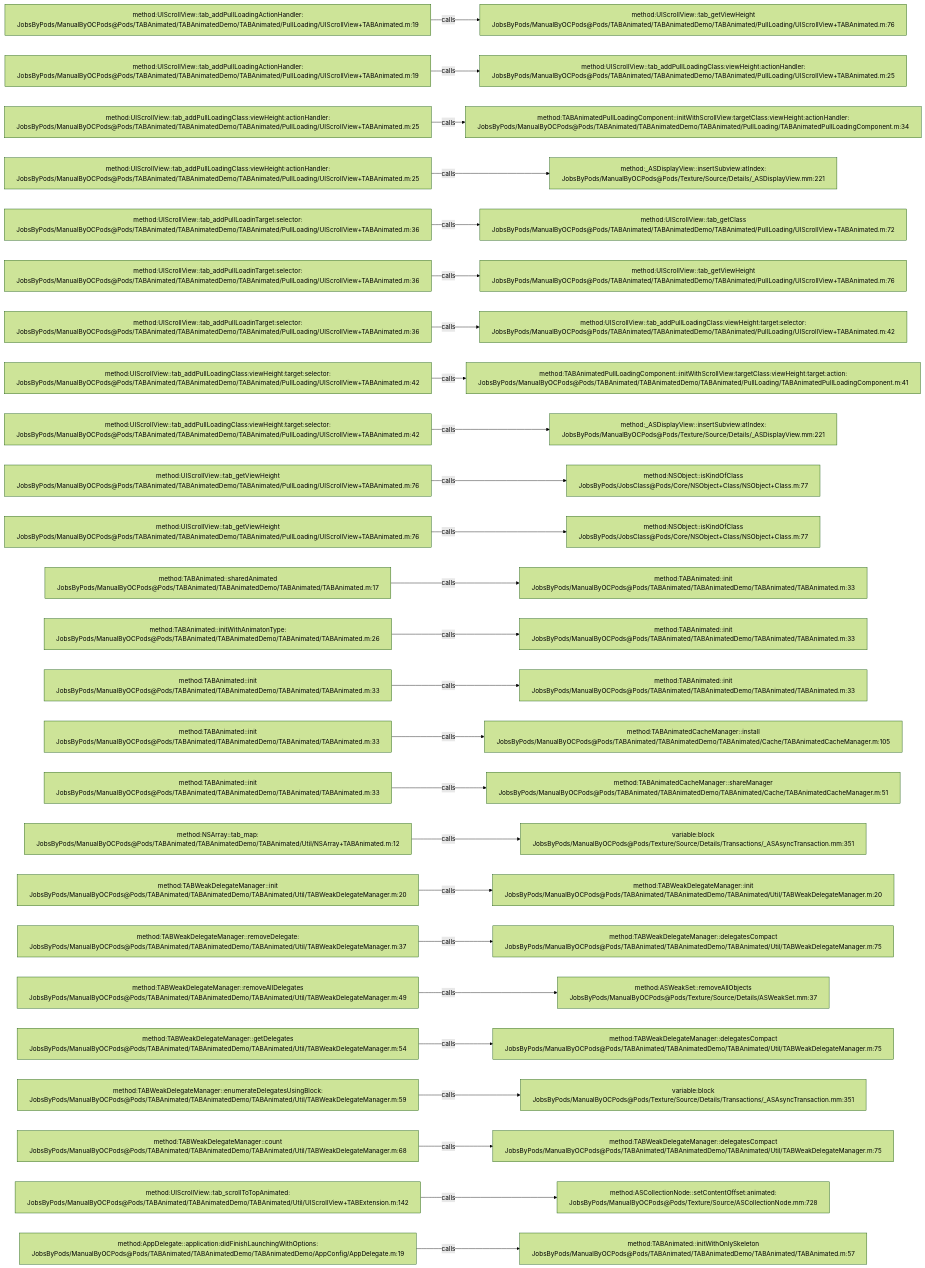
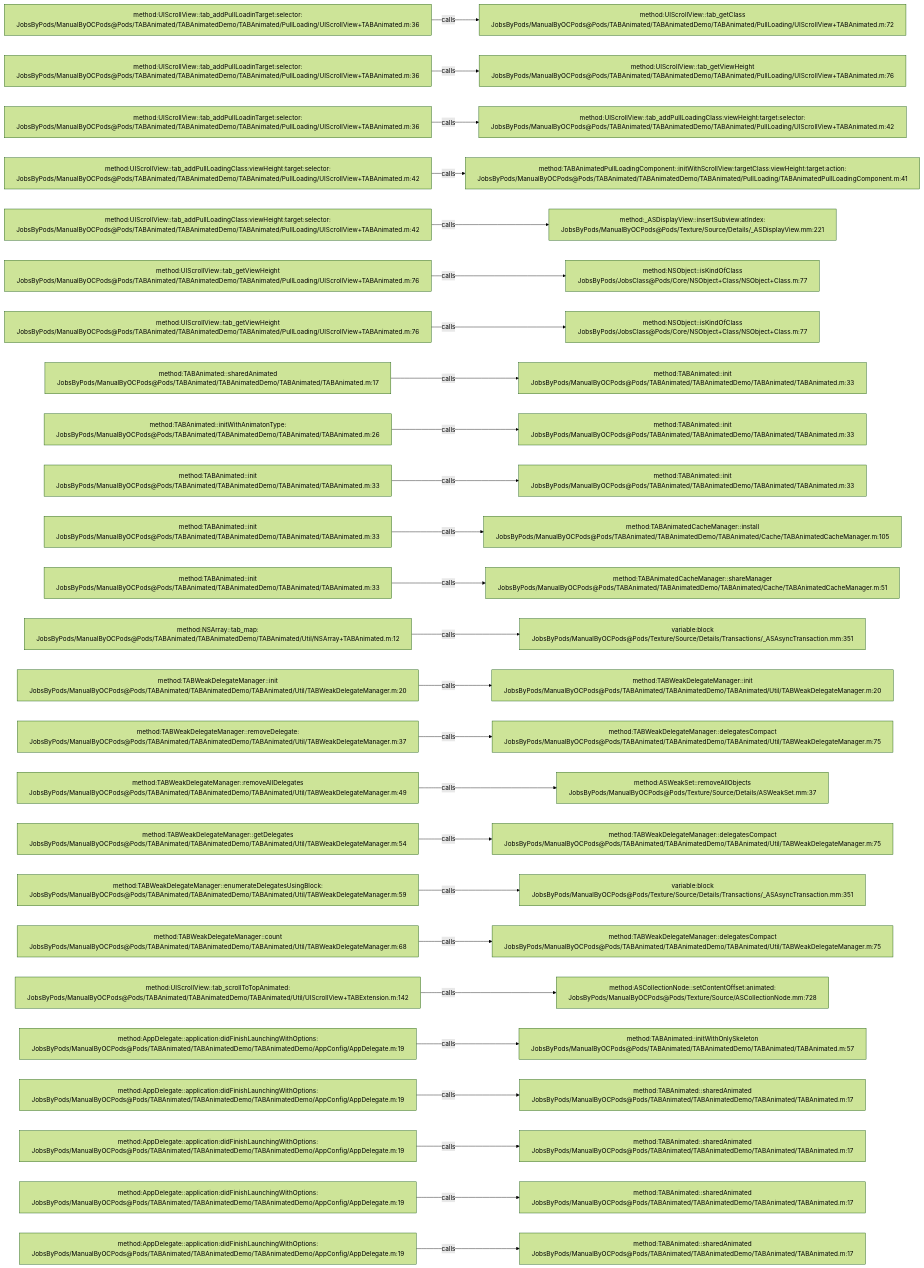
Before and after one commit to JobsKits/JobsOCBaseConfigDemo: the diagram in .codegraph/codegraph.md/graphs/calls-037.md, drawn with Mermaid (forest theme). The commit also changed 727 other files, not shown here.

````diff
--- a/.codegraph/codegraph.md/graphs/calls-037.md
+++ b/.codegraph/codegraph.md/graphs/calls-037.md
@@ -13,78 +13,78 @@
 ```mermaid
 flowchart LR
-  S1["method:UIScrollView::tab_addPullLoadingActionHandler:<br/>JobsByPods/ManualByOCPods@Pods/TABAnimated/TABAnimatedDemo/TABAnimated/PullLoading/UIScrollView+TABAnimated.m:19"]
-  T1["method:UIScrollView::tab_getViewHeight<br/>JobsByPods/ManualByOCPods@Pods/TABAnimated/TABAnimatedDemo/TABAnimated/PullLoading/UIScrollView+TABAnimated.m:76"]
+  S1["method:UIScrollView::tab_addPullLoadinTarget:selector:<br/>JobsByPods/ManualByOCPods@Pods/TABAnimated/TABAnimatedDemo/TABAnimated/PullLoading/UIScrollView+TABAnimated.m:36"]
+  T1["method:UIScrollView::tab_getClass<br/>JobsByPods/ManualByOCPods@Pods/TABAnimated/TABAnimatedDemo/TABAnimated/PullLoading/UIScrollView+TABAnimated.m:72"]
   S1 -->|calls| T1
-  S2["method:UIScrollView::tab_addPullLoadingActionHandler:<br/>JobsByPods/ManualByOCPods@Pods/TABAnimated/TABAnimatedDemo/TABAnimated/PullLoading/UIScrollView+TABAnimated.m:19"]
-  T2["method:UIScrollView::tab_addPullLoadingClass:viewHeight:actionHandler:<br/>JobsByPods/ManualByOCPods@Pods/TABAnimated/TABAnimatedDemo/TABAnimated/PullLoading/UIScrollView+TABAnimated.m:25"]
+  S2["method:UIScrollView::tab_addPullLoadinTarget:selector:<br/>JobsByPods/ManualByOCPods@Pods/TABAnimated/TABAnimatedDemo/TABAnimated/PullLoading/UIScrollView+TABAnimated.m:36"]
+  T2["method:UIScrollView::tab_getViewHeight<br/>JobsByPods/ManualByOCPods@Pods/TABAnimated/TABAnimatedDemo/TABAnimated/PullLoading/UIScrollView+TABAnimated.m:76"]
   S2 -->|calls| T2
-  S3["method:UIScrollView::tab_addPullLoadingClass:viewHeight:actionHandler:<br/>JobsByPods/ManualByOCPods@Pods/TABAnimated/TABAnimatedDemo/TABAnimated/PullLoading/UIScrollView+TABAnimated.m:25"]
-  T3["method:TABAnimatedPullLoadingComponent::initWithScrollView:targetClass:viewHeight:actionHandler:<br/>JobsByPods/ManualByOCPods@Pods/TABAnimated/TABAnimatedDemo/TABAnimated/PullLoading/TABAnimatedPullLoadingComponent.m:34"]
+  S3["method:UIScrollView::tab_addPullLoadinTarget:selector:<br/>JobsByPods/ManualByOCPods@Pods/TABAnimated/TABAnimatedDemo/TABAnimated/PullLoading/UIScrollView+TABAnimated.m:36"]
+  T3["method:UIScrollView::tab_addPullLoadingClass:viewHeight:target:selector:<br/>JobsByPods/ManualByOCPods@Pods/TABAnimated/TABAnimatedDemo/TABAnimated/PullLoading/UIScrollView+TABAnimated.m:42"]
   S3 -->|calls| T3
-  S4["method:UIScrollView::tab_addPullLoadingClass:viewHeight:actionHandler:<br/>JobsByPods/ManualByOCPods@Pods/TABAnimated/TABAnimatedDemo/TABAnimated/PullLoading/UIScrollView+TABAnimated.m:25"]
-  T4["method:_ASDisplayView::insertSubview:atIndex:<br/>JobsByPods/ManualByOCPods@Pods/Texture/Source/Details/_ASDisplayView.mm:221"]
+  S4["method:UIScrollView::tab_addPullLoadingClass:viewHeight:target:selector:<br/>JobsByPods/ManualByOCPods@Pods/TABAnimated/TABAnimatedDemo/TABAnimated/PullLoading/UIScrollView+TABAnimated.m:42"]
+  T4["method:TABAnimatedPullLoadingComponent::initWithScrollView:targetClass:viewHeight:target:action:<br/>JobsByPods/ManualByOCPods@Pods/TABAnimated/TABAnimatedDemo/TABAnimated/PullLoading/TABAnimatedPullLoadingComponent.m:41"]
   S4 -->|calls| T4
-  S5["method:UIScrollView::tab_addPullLoadinTarget:selector:<br/>JobsByPods/ManualByOCPods@Pods/TABAnimated/TABAnimatedDemo/TABAnimated/PullLoading/UIScrollView+TABAnimated.m:36"]
-  T5["method:UIScrollView::tab_getClass<br/>JobsByPods/ManualByOCPods@Pods/TABAnimated/TABAnimatedDemo/TABAnimated/PullLoading/UIScrollView+TABAnimated.m:72"]
+  S5["method:UIScrollView::tab_addPullLoadingClass:viewHeight:target:selector:<br/>JobsByPods/ManualByOCPods@Pods/TABAnimated/TABAnimatedDemo/TABAnimated/PullLoading/UIScrollView+TABAnimated.m:42"]
+  T5["method:_ASDisplayView::insertSubview:atIndex:<br/>JobsByPods/ManualByOCPods@Pods/Texture/Source/Details/_ASDisplayView.mm:221"]
   S5 -->|calls| T5
-  S6["method:UIScrollView::tab_addPullLoadinTarget:selector:<br/>JobsByPods/ManualByOCPods@Pods/TABAnimated/TABAnimatedDemo/TABAnimated/PullLoading/UIScrollView+TABAnimated.m:36"]
-  T6["method:UIScrollView::tab_getViewHeight<br/>JobsByPods/ManualByOCPods@Pods/TABAnimated/TABAnimatedDemo/TABAnimated/PullLoading/UIScrollView+TABAnimated.m:76"]
+  S6["method:UIScrollView::tab_getViewHeight<br/>JobsByPods/ManualByOCPods@Pods/TABAnimated/TABAnimatedDemo/TABAnimated/PullLoading/UIScrollView+TABAnimated.m:76"]
+  T6["method:NSObject::isKindOfClass<br/>JobsByPods/JobsClass@Pods/Core/NSObject+Class/NSObject+Class.m:77"]
   S6 -->|calls| T6
-  S7["method:UIScrollView::tab_addPullLoadinTarget:selector:<br/>JobsByPods/ManualByOCPods@Pods/TABAnimated/TABAnimatedDemo/TABAnimated/PullLoading/UIScrollView+TABAnimated.m:36"]
-  T7["method:UIScrollView::tab_addPullLoadingClass:viewHeight:target:selector:<br/>JobsByPods/ManualByOCPods@Pods/TABAnimated/TABAnimatedDemo/TABAnimated/PullLoading/UIScrollView+TABAnimated.m:42"]
+  S7["method:UIScrollView::tab_getViewHeight<br/>JobsByPods/ManualByOCPods@Pods/TABAnimated/TABAnimatedDemo/TABAnimated/PullLoading/UIScrollView+TABAnimated.m:76"]
+  T7["method:NSObject::isKindOfClass<br/>JobsByPods/JobsClass@Pods/Core/NSObject+Class/NSObject+Class.m:77"]
   S7 -->|calls| T7
-  S8["method:UIScrollView::tab_addPullLoadingClass:viewHeight:target:selector:<br/>JobsByPods/ManualByOCPods@Pods/TABAnimated/TABAnimatedDemo/TABAnimated/PullLoading/UIScrollView+TABAnimated.m:42"]
-  T8["method:TABAnimatedPullLoadingComponent::initWithScrollView:targetClass:viewHeight:target:action:<br/>JobsByPods/ManualByOCPods@Pods/TABAnimated/TABAnimatedDemo/TABAnimated/PullLoading/TABAnimatedPullLoadingComponent.m:41"]
+  S8["method:TABAnimated::sharedAnimated<br/>JobsByPods/ManualByOCPods@Pods/TABAnimated/TABAnimatedDemo/TABAnimated/TABAnimated.m:17"]
+  T8["method:TABAnimated::init<br/>JobsByPods/ManualByOCPods@Pods/TABAnimated/TABAnimatedDemo/TABAnimated/TABAnimated.m:33"]
   S8 -->|calls| T8
-  S9["method:UIScrollView::tab_addPullLoadingClass:viewHeight:target:selector:<br/>JobsByPods/ManualByOCPods@Pods/TABAnimated/TABAnimatedDemo/TABAnimated/PullLoading/UIScrollView+TABAnimated.m:42"]
-  T9["method:_ASDisplayView::insertSubview:atIndex:<br/>JobsByPods/ManualByOCPods@Pods/Texture/Source/Details/_ASDisplayView.mm:221"]
+  S9["method:TABAnimated::initWithAnimatonType:<br/>JobsByPods/ManualByOCPods@Pods/TABAnimated/TABAnimatedDemo/TABAnimated/TABAnimated.m:26"]
+  T9["method:TABAnimated::init<br/>JobsByPods/ManualByOCPods@Pods/TABAnimated/TABAnimatedDemo/TABAnimated/TABAnimated.m:33"]
   S9 -->|calls| T9
-  S10["method:UIScrollView::tab_getViewHeight<br/>JobsByPods/ManualByOCPods@Pods/TABAnimated/TABAnimatedDemo/TABAnimated/PullLoading/UIScrollView+TABAnimated.m:76"]
-  T10["method:NSObject::isKindOfClass<br/>JobsByPods/JobsClass@Pods/Core/NSObject+Class/NSObject+Class.m:77"]
+  S10["method:TABAnimated::init<br/>JobsByPods/ManualByOCPods@Pods/TABAnimated/TABAnimatedDemo/TABAnimated/TABAnimated.m:33"]
+  T10["method:TABAnimated::init<br/>JobsByPods/ManualByOCPods@Pods/TABAnimated/TABAnimatedDemo/TABAnimated/TABAnimated.m:33"]
   S10 -->|calls| T10
-  S11["method:UIScrollView::tab_getViewHeight<br/>JobsByPods/ManualByOCPods@Pods/TABAnimated/TABAnimatedDemo/TABAnimated/PullLoading/UIScrollView+TABAnimated.m:76"]
-  T11["method:NSObject::isKindOfClass<br/>JobsByPods/JobsClass@Pods/Core/NSObject+Class/NSObject+Class.m:77"]
+  S11["method:TABAnimated::init<br/>JobsByPods/ManualByOCPods@Pods/TABAnimated/TABAnimatedDemo/TABAnimated/TABAnimated.m:33"]
+  T11["method:TABAnimatedCacheManager::install<br/>JobsByPods/ManualByOCPods@Pods/TABAnimated/TABAnimatedDemo/TABAnimated/Cache/TABAnimatedCacheManager.m:105"]
   S11 -->|calls| T11
-  S12["method:TABAnimated::sharedAnimated<br/>JobsByPods/ManualByOCPods@Pods/TABAnimated/TABAnimatedDemo/TABAnimated/TABAnimated.m:17"]
-  T12["method:TABAnimated::init<br/>JobsByPods/ManualByOCPods@Pods/TABAnimated/TABAnimatedDemo/TABAnimated/TABAnimated.m:33"]
+  S12["method:TABAnimated::init<br/>JobsByPods/ManualByOCPods@Pods/TABAnimated/TABAnimatedDemo/TABAnimated/TABAnimated.m:33"]
+  T12["method:TABAnimatedCacheManager::shareManager<br/>JobsByPods/ManualByOCPods@Pods/TABAnimated/TABAnimatedDemo/TABAnimated/Cache/TABAnimatedCacheManager.m:51"]
   S12 -->|calls| T12
-  S13["method:TABAnimated::initWithAnimatonType:<br/>JobsByPods/ManualByOCPods@Pods/TABAnimated/TABAnimatedDemo/TABAnimated/TABAnimated.m:26"]
-  T13["method:TABAnimated::init<br/>JobsByPods/ManualByOCPods@Pods/TABAnimated/TABAnimatedDemo/TABAnimated/TABAnimated.m:33"]
+  S13["method:NSArray::tab_map:<br/>JobsByPods/ManualByOCPods@Pods/TABAnimated/TABAnimatedDemo/TABAnimated/Util/NSArray+TABAnimated.m:12"]
+  T13["variable:block<br/>JobsByPods/ManualByOCPods@Pods/Texture/Source/Details/Transactions/_ASAsyncTransaction.mm:351"]
   S13 -->|calls| T13
-  S14["method:TABAnimated::init<br/>JobsByPods/ManualByOCPods@Pods/TABAnimated/TABAnimatedDemo/TABAnimated/TABAnimated.m:33"]
-  T14["method:TABAnimated::init<br/>JobsByPods/ManualByOCPods@Pods/TABAnimated/TABAnimatedDemo/TABAnimated/TABAnimated.m:33"]
+  S14["method:TABWeakDelegateManager::init<br/>JobsByPods/ManualByOCPods@Pods/TABAnimated/TABAnimatedDemo/TABAnimated/Util/TABWeakDelegateManager.m:20"]
+  T14["method:TABWeakDelegateManager::init<br/>JobsByPods/ManualByOCPods@Pods/TABAnimated/TABAnimatedDemo/TABAnimated/Util/TABWeakDelegateManager.m:20"]
   S14 -->|calls| T14
-  S15["method:TABAnimated::init<br/>JobsByPods/ManualByOCPods@Pods/TABAnimated/TABAnimatedDemo/TABAnimated/TABAnimated.m:33"]
-  T15["method:TABAnimatedCacheManager::install<br/>JobsByPods/ManualByOCPods@Pods/TABAnimated/TABAnimatedDemo/TABAnimated/Cache/TABAnimatedCacheManager.m:105"]
+  S15["method:TABWeakDelegateManager::removeDelegate:<br/>JobsByPods/ManualByOCPods@Pods/TABAnimated/TABAnimatedDemo/TABAnimated/Util/TABWeakDelegateManager.m:37"]
+  T15["method:TABWeakDelegateManager::delegatesCompact<br/>JobsByPods/ManualByOCPods@Pods/TABAnimated/TABAnimatedDemo/TABAnimated/Util/TABWeakDelegateManager.m:75"]
   S15 -->|calls| T15
-  S16["method:TABAnimated::init<br/>JobsByPods/ManualByOCPods@Pods/TABAnimated/TABAnimatedDemo/TABAnimated/TABAnimated.m:33"]
-  T16["method:TABAnimatedCacheManager::shareManager<br/>JobsByPods/ManualByOCPods@Pods/TABAnimated/TABAnimatedDemo/TABAnimated/Cache/TABAnimatedCacheManager.m:51"]
+  S16["method:TABWeakDelegateManager::removeAllDelegates<br/>JobsByPods/ManualByOCPods@Pods/TABAnimated/TABAnimatedDemo/TABAnimated/Util/TABWeakDelegateManager.m:49"]
+  T16["method:ASWeakSet::removeAllObjects<br/>JobsByPods/ManualByOCPods@Pods/Texture/Source/Details/ASWeakSet.mm:37"]
   S16 -->|calls| T16
-  S17["method:NSArray::tab_map:<br/>JobsByPods/ManualByOCPods@Pods/TABAnimated/TABAnimatedDemo/TABAnimated/Util/NSArray+TABAnimated.m:12"]
-  T17["variable:block<br/>JobsByPods/ManualByOCPods@Pods/Texture/Source/Details/Transactions/_ASAsyncTransaction.mm:351"]
+  S17["method:TABWeakDelegateManager::getDelegates<br/>JobsByPods/ManualByOCPods@Pods/TABAnimated/TABAnimatedDemo/TABAnimated/Util/TABWeakDelegateManager.m:54"]
+  T17["method:TABWeakDelegateManager::delegatesCompact<br/>JobsByPods/ManualByOCPods@Pods/TABAnimated/TABAnimatedDemo/TABAnimated/Util/TABWeakDelegateManager.m:75"]
   S17 -->|calls| T17
-  S18["method:TABWeakDelegateManager::init<br/>JobsByPods/ManualByOCPods@Pods/TABAnimated/TABAnimatedDemo/TABAnimated/Util/TABWeakDelegateManager.m:20"]
-  T18["method:TABWeakDelegateManager::init<br/>JobsByPods/ManualByOCPods@Pods/TABAnimated/TABAnimatedDemo/TABAnimated/Util/TABWeakDelegateManager.m:20"]
+  S18["method:TABWeakDelegateManager::enumerateDelegatesUsingBlock:<br/>JobsByPods/ManualByOCPods@Pods/TABAnimated/TABAnimatedDemo/TABAnimated/Util/TABWeakDelegateManager.m:59"]
+  T18["variable:block<br/>JobsByPods/ManualByOCPods@Pods/Texture/Source/Details/Transactions/_ASAsyncTransaction.mm:351"]
   S18 -->|calls| T18
-  S19["method:TABWeakDelegateManager::removeDelegate:<br/>JobsByPods/ManualByOCPods@Pods/TABAnimated/TABAnimatedDemo/TABAnimated/Util/TABWeakDelegateManager.m:37"]
+  S19["method:TABWeakDelegateManager::count<br/>JobsByPods/ManualByOCPods@Pods/TABAnimated/TABAnimatedDemo/TABAnimated/Util/TABWeakDelegateManager.m:68"]
   T19["method:TABWeakDelegateManager::delegatesCompact<br/>JobsByPods/ManualByOCPods@Pods/TABAnimated/TABAnimatedDemo/TABAnimated/Util/TABWeakDelegateManager.m:75"]
   S19 -->|calls| T19
-  S20["method:TABWeakDelegateManager::removeAllDelegates<br/>JobsByPods/ManualByOCPods@Pods/TABAnimated/TABAnimatedDemo/TABAnimated/Util/TABWeakDelegateManager.m:49"]
-  T20["method:ASWeakSet::removeAllObjects<br/>JobsByPods/ManualByOCPods@Pods/Texture/Source/Details/ASWeakSet.mm:37"]
+  S20["method:UIScrollView::tab_scrollToTopAnimated:<br/>JobsByPods/ManualByOCPods@Pods/TABAnimated/TABAnimatedDemo/TABAnimated/Util/UIScrollView+TABExtension.m:142"]
+  T20["method:ASCollectionNode::setContentOffset:animated:<br/>JobsByPods/ManualByOCPods@Pods/Texture/Source/ASCollectionNode.mm:728"]
   S20 -->|calls| T20
-  S21["method:TABWeakDelegateManager::getDelegates<br/>JobsByPods/ManualByOCPods@Pods/TABAnimated/TABAnimatedDemo/TABAnimated/Util/TABWeakDelegateManager.m:54"]
-  T21["method:TABWeakDelegateManager::delegatesCompact<br/>JobsByPods/ManualByOCPods@Pods/TABAnimated/TABAnimatedDemo/TABAnimated/Util/TABWeakDelegateManager.m:75"]
+  S21["method:AppDelegate::application:didFinishLaunchingWithOptions:<br/>JobsByPods/ManualByOCPods@Pods/TABAnimated/TABAnimatedDemo/TABAnimatedDemo/AppConfig/AppDelegate.m:19"]
+  T21["method:TABAnimated::initWithOnlySkeleton<br/>JobsByPods/ManualByOCPods@Pods/TABAnimated/TABAnimatedDemo/TABAnimated/TABAnimated.m:57"]
   S21 -->|calls| T21
-  S22["method:TABWeakDelegateManager::enumerateDelegatesUsingBlock:<br/>JobsByPods/ManualByOCPods@Pods/TABAnimated/TABAnimatedDemo/TABAnimated/Util/TABWeakDelegateManager.m:59"]
-  T22["variable:block<br/>JobsByPods/ManualByOCPods@Pods/Texture/Source/Details/Transactions/_ASAsyncTransaction.mm:351"]
+  S22["method:AppDelegate::application:didFinishLaunchingWithOptions:<br/>JobsByPods/ManualByOCPods@Pods/TABAnimated/TABAnimatedDemo/TABAnimatedDemo/AppConfig/AppDelegate.m:19"]
+  T22["method:TABAnimated::sharedAnimated<br/>JobsByPods/ManualByOCPods@Pods/TABAnimated/TABAnimatedDemo/TABAnimated/TABAnimated.m:17"]
   S22 -->|calls| T22
-  S23["method:TABWeakDelegateManager::count<br/>JobsByPods/ManualByOCPods@Pods/TABAnimated/TABAnimatedDemo/TABAnimated/Util/TABWeakDelegateManager.m:68"]
-  T23["method:TABWeakDelegateManager::delegatesCompact<br/>JobsByPods/ManualByOCPods@Pods/TABAnimated/TABAnimatedDemo/TABAnimated/Util/TABWeakDelegateManager.m:75"]
+  S23["method:AppDelegate::application:didFinishLaunchingWithOptions:<br/>JobsByPods/ManualByOCPods@Pods/TABAnimated/TABAnimatedDemo/TABAnimatedDemo/AppConfig/AppDelegate.m:19"]
+  T23["method:TABAnimated::sharedAnimated<br/>JobsByPods/ManualByOCPods@Pods/TABAnimated/TABAnimatedDemo/TABAnimated/TABAnimated.m:17"]
   S23 -->|calls| T23
-  S24["method:UIScrollView::tab_scrollToTopAnimated:<br/>JobsByPods/ManualByOCPods@Pods/TABAnimated/TABAnimatedDemo/TABAnimated/Util/UIScrollView+TABExtension.m:142"]
-  T24["method:ASCollectionNode::setContentOffset:animated:<br/>JobsByPods/ManualByOCPods@Pods/Texture/Source/ASCollectionNode.mm:728"]
+  S24["method:AppDelegate::application:didFinishLaunchingWithOptions:<br/>JobsByPods/ManualByOCPods@Pods/TABAnimated/TABAnimatedDemo/TABAnimatedDemo/AppConfig/AppDelegate.m:19"]
+  T24["method:TABAnimated::sharedAnimated<br/>JobsByPods/ManualByOCPods@Pods/TABAnimated/TABAnimatedDemo/TABAnimated/TABAnimated.m:17"]
   S24 -->|calls| T24
   S25["method:AppDelegate::application:didFinishLaunchingWithOptions:<br/>JobsByPods/ManualByOCPods@Pods/TABAnimated/TABAnimatedDemo/TABAnimatedDemo/AppConfig/AppDelegate.m:19"]
-  T25["method:TABAnimated::initWithOnlySkeleton<br/>JobsByPods/ManualByOCPods@Pods/TABAnimated/TABAnimatedDemo/TABAnimated/TABAnimated.m:57"]
+  T25["method:TABAnimated::sharedAnimated<br/>JobsByPods/ManualByOCPods@Pods/TABAnimated/TABAnimatedDemo/TABAnimated/TABAnimated.m:17"]
   S25 -->|calls| T25
 ```
````
